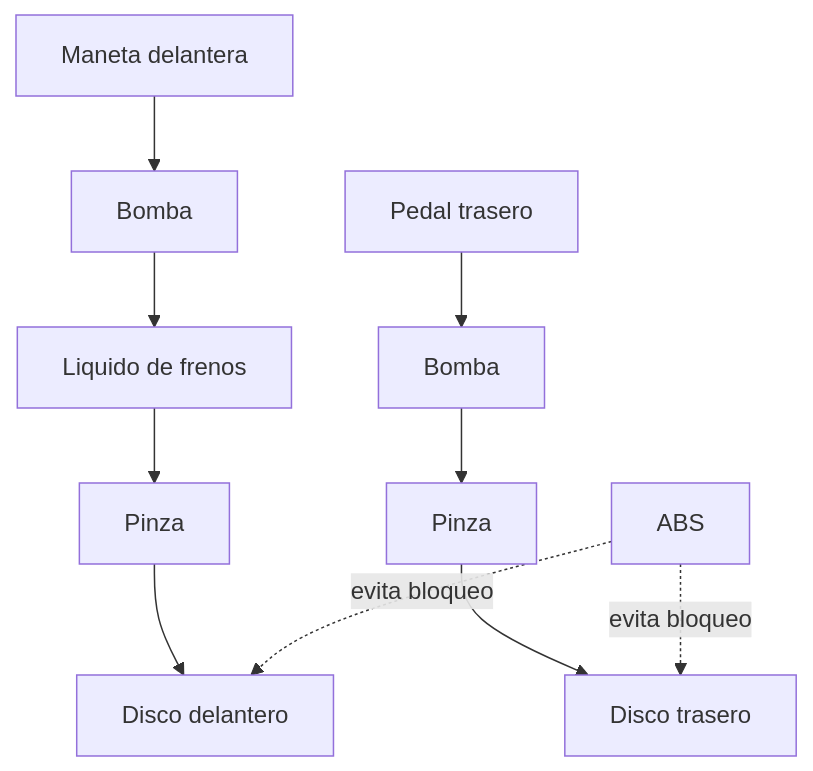
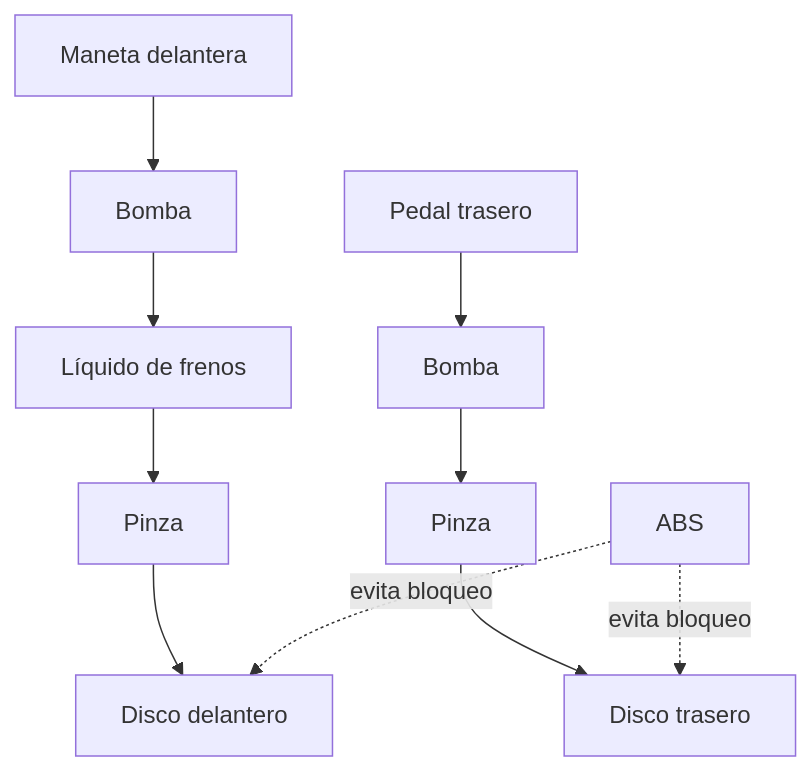
One commit to vladimiracunadev-create/machine-operator-program changed the fourth of 4 diagrams in vehiculos/motos/operacion/sistemas-mecanicos-moto.md. Above: the diagram before and after it, drawn with Mermaid. The commit also changed other lines of this file and 442 other files, not shown here.

````diff
--- a/vehiculos/motos/operacion/sistemas-mecanicos-moto.md
+++ b/vehiculos/motos/operacion/sistemas-mecanicos-moto.md
@@ -126,8 +126,8 @@
 ```mermaid
 flowchart TD
-    Maneta[Maneta delantera] --> BombaD[Bomba] --> LiquidoD[Liquido de frenos]
+    Maneta[Maneta delantera] --> BombaD[Bomba] --> LiquidoD[Líquido de frenos]
     LiquidoD --> PinzaD[Pinza] --> DiscoD[Disco delantero]
     Pedal[Pedal trasero] --> BombaT[Bomba] --> PinzaT[Pinza] --> DiscoT[Disco trasero]
     ABS[ABS] -. evita bloqueo .-> DiscoD
     ABS -. evita bloqueo .-> DiscoT
 ```
````
